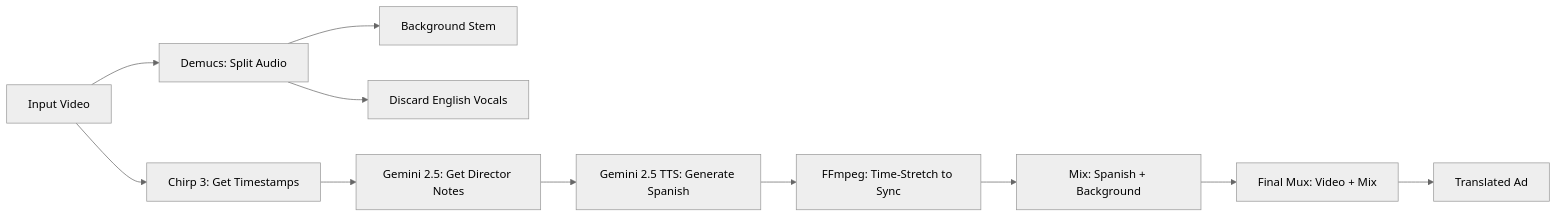
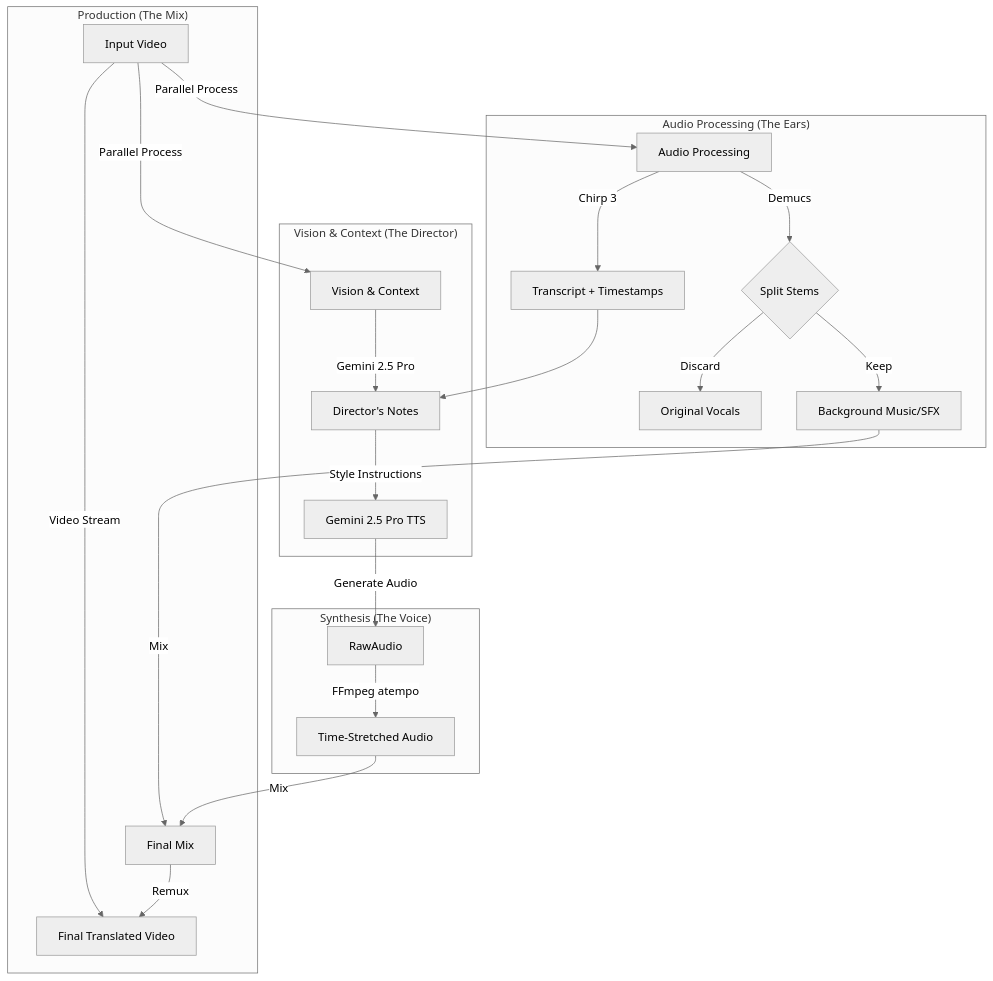
The second of 3 diagrams in README.md (mycegcpdemo/spinmaster), drawn with Mermaid (neutral theme) before and after one commit. The commit also changed other lines of this file and 9 other files, not shown here.

````diff
--- a/README.md
+++ b/README.md
@@ -116,16 +124,30 @@
 ```mermaid
-graph LR
-    Input[Input Video] --> Demucs[Demucs: Split Audio]
-    Demucs --> BG[Background Stem]
-    Demucs --> Vox[Discard English Vocals]
-    
-    Input --> Chirp3[Chirp 3: Get Timestamps]
-    Chirp3 --> Director[Gemini 2.5: Get Director Notes]
-    
-    Director --> TTS[Gemini 2.5 TTS: Generate Spanish]
-    TTS --> Sync[FFmpeg: Time-Stretch to Sync]
-    
-    Sync --> Mix[Mix: Spanish + Background]
-    Mix --> Final[Final Mux: Video + Mix]
-    Final --> Result[Translated Ad]
+graph TD
+    Input[Input Video] -->|Parallel Process| AudioProc[Audio Processing]
+    Input -->|Parallel Process| VisionProc[Vision & Context]
+
+    subgraph "Audio Processing (The Ears)"
+    AudioProc -->|Demucs| Split{Split Stems}
+    Split -->|Keep| Background[Background Music/SFX]
+    Split -->|Discard| Vocals[Original Vocals]
+    AudioProc -->|Chirp 3| Transcript[Transcript + Timestamps]
+    end
+
+    subgraph "Vision & Context (The Director)"
+    VisionProc -->|Gemini 2.5 Pro| Director[Director's Notes]
+    Transcript --> Director
+    Director -->|Style Instructions| TTS_Gen
+    end
+
+    subgraph "Synthesis (The Voice)"
+    TTS_Gen[Gemini 2.5 Pro TTS] -->|Generate Audio| RawAudio
+    RawAudio -->|FFmpeg atempo| TimeSync[Time-Stretched Audio]
+    end
+
+    subgraph "Production (The Mix)"
+    TimeSync -->|Mix| FinalMix[Final Mix]
+    Background -->|Mix| FinalMix
+    FinalMix -->|Remux| OutputVideo[Final Translated Video]
+    Input -->|Video Stream| OutputVideo
+    end
 ```
````
